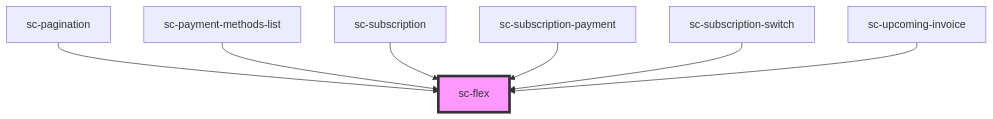
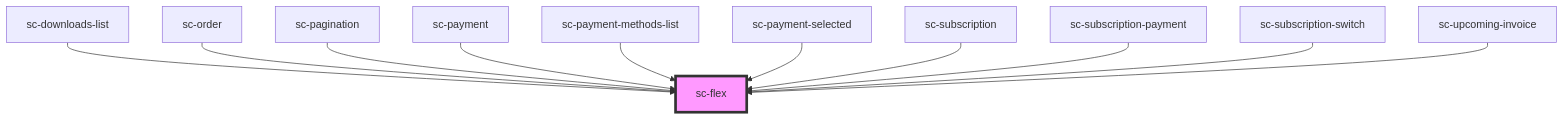
Before and after one commit to surecart/surecart-wp-plugin: the diagram in packages/components/src/components/ui/flex/readme.md, drawn with Mermaid. The commit also changed other lines of this file and 68 other files, not shown here.

````diff
--- a/packages/components/src/components/ui/flex/readme.md
+++ b/packages/components/src/components/ui/flex/readme.md
@@ -30,10 +34,14 @@
 ```mermaid
 graph TD;
+  sc-downloads-list --> sc-flex
+  sc-order --> sc-flex
   sc-pagination --> sc-flex
+  sc-payment --> sc-flex
   sc-payment-methods-list --> sc-flex
+  sc-payment-selected --> sc-flex
   sc-subscription --> sc-flex
   sc-subscription-payment --> sc-flex
   sc-subscription-switch --> sc-flex
   sc-upcoming-invoice --> sc-flex
   style sc-flex fill:#f9f,stroke:#333,stroke-width:4px
 ```
````
